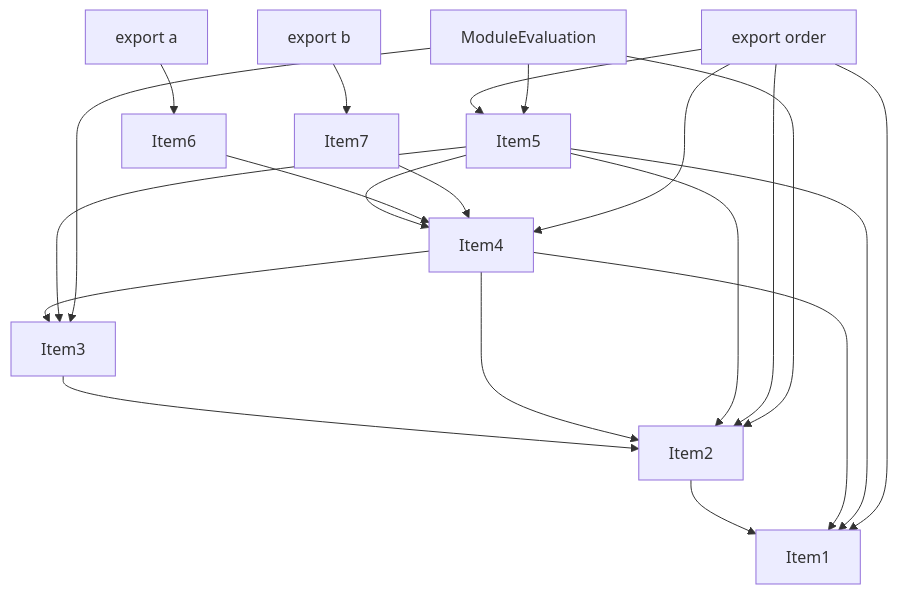
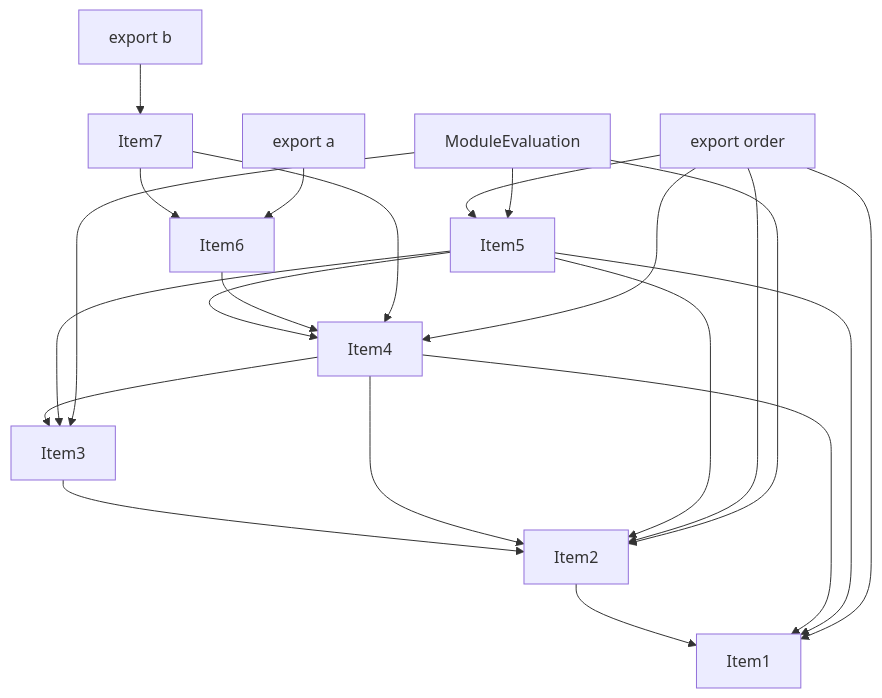
The fourth of 5 diagrams in crates/turbopack-ecmascript/tests/tree-shaker/analyzer/shared-regression/output.md (vercel/turborepo), drawn with Mermaid before and after one commit. The commit also changed other lines of this file and 5 other files, not shown here.

````diff
--- a/crates/turbopack-ecmascript/tests/tree-shaker/analyzer/shared-regression/output.md
+++ b/crates/turbopack-ecmascript/tests/tree-shaker/analyzer/shared-regression/output.md
@@ -182,38 +184,39 @@
 ```mermaid
 graph TD
     Item1;
     Item2;
     Item3;
     Item4;
     Item5;
     Item6;
     Item7;
     Item8;
     Item8["ModuleEvaluation"];
     Item9;
     Item9["export order"];
     Item10;
     Item10["export a"];
     Item11;
     Item11["export b"];
     Item2 --> Item1;
     Item3 --> Item2;
     Item4 --> Item3;
     Item4 --> Item1;
     Item4 --> Item2;
     Item5 --> Item1;
     Item5 --> Item2;
     Item5 --> Item4;
     Item5 --> Item3;
     Item6 --> Item4;
     Item7 --> Item4;
+    Item7 --> Item6;
     Item9 --> Item1;
     Item9 --> Item2;
     Item9 --> Item4;
     Item9 --> Item5;
     Item10 --> Item6;
     Item11 --> Item7;
     Item8 --> Item2;
     Item8 --> Item3;
     Item8 --> Item5;
 ```
````
